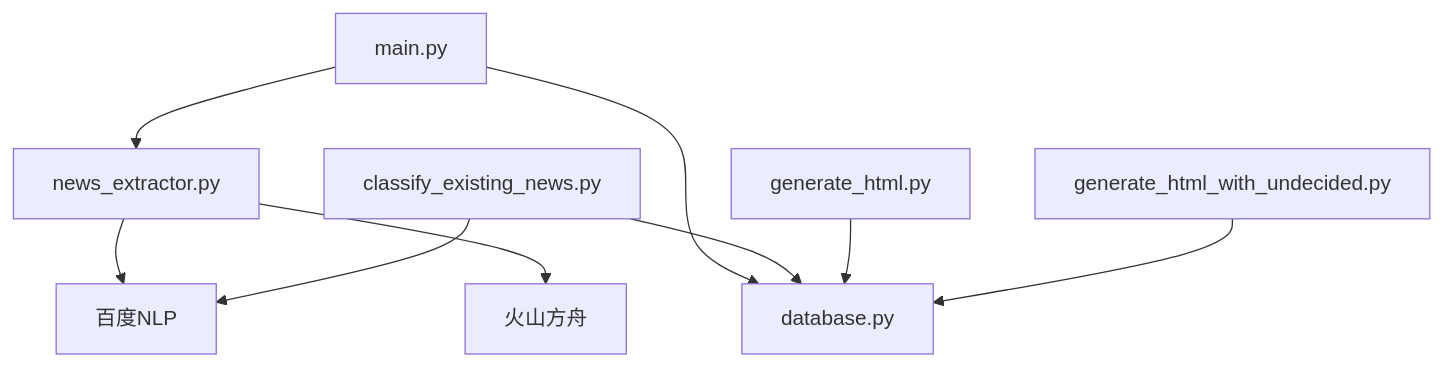
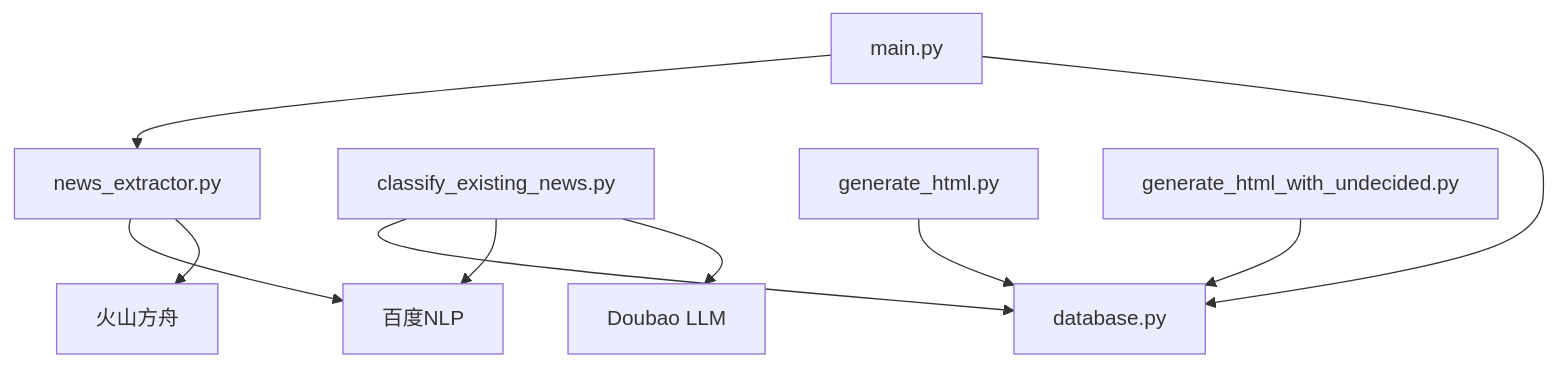
One commit to dengwanqian/news-exacter changed the seventh of 7 diagrams in .qoder/repowiki/zh/content/分类系统设计/分类系统设计.md. Above: the diagram before and after it, drawn with Mermaid. The commit also changed other lines of this file and 7 other files, not shown here.

````diff
--- a/.qoder/repowiki/zh/content/分类系统设计/分类系统设计.md
+++ b/.qoder/repowiki/zh/content/分类系统设计/分类系统设计.md
@@ -290,11 +311,12 @@
 ```mermaid
 graph TB
 M["main.py"] --> NE["news_extractor.py"]
 M --> DB["database.py"]
 NE --> BAIDU["百度NLP"]
 NE --> ARK["火山方舟"]
 CF["classify_existing_news.py"] --> DB
 CF --> BAIDU
+CF --> DOUBAO["Doubao LLM"]
 GH["generate_html.py"] --> DB
 GHU["generate_html_with_undecided.py"] --> DB
 ```
````
